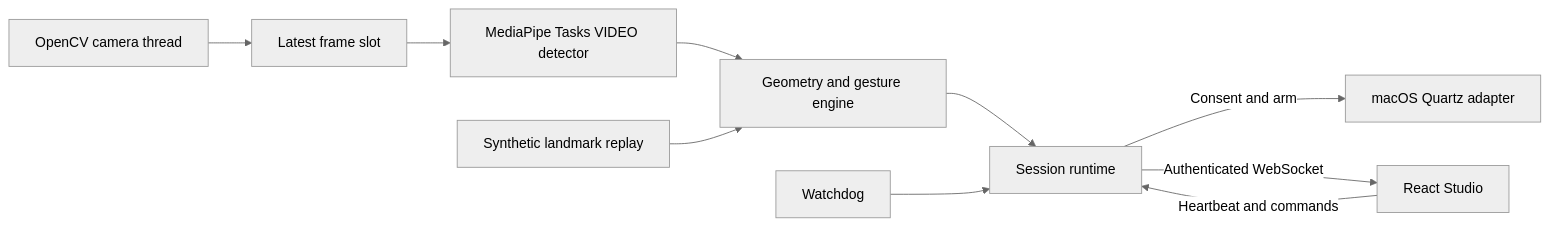
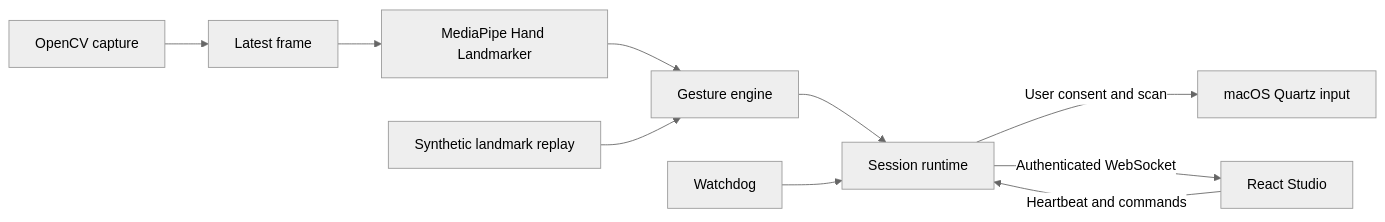
Before and after one commit to massibrevo/kineticdesk: the diagram in docs/architecture.md, drawn with Mermaid (neutral theme). The commit also changed other lines of this file and 9 other files, not shown here.

````diff
--- a/docs/architecture.md
+++ b/docs/architecture.md
@@ -3,12 +3,12 @@
 ```mermaid
 flowchart LR
-  C[OpenCV camera thread] --> Q[Latest frame slot]
-  Q --> M[MediaPipe Tasks VIDEO detector]
-  M --> G[Geometry and gesture engine]
+  C[OpenCV capture] --> Q[Latest frame]
+  Q --> M[MediaPipe Hand Landmarker]
+  M --> G[Gesture engine]
   R[Synthetic landmark replay] --> G
   G --> S[Session runtime]
-  S -->|Consent and arm| O[macOS Quartz adapter]
+  S -->|User consent and scan| O[macOS Quartz input]
   S -->|Authenticated WebSocket| U[React Studio]
   U -->|Heartbeat and commands| S
   W[Watchdog] --> S
 ```
````
